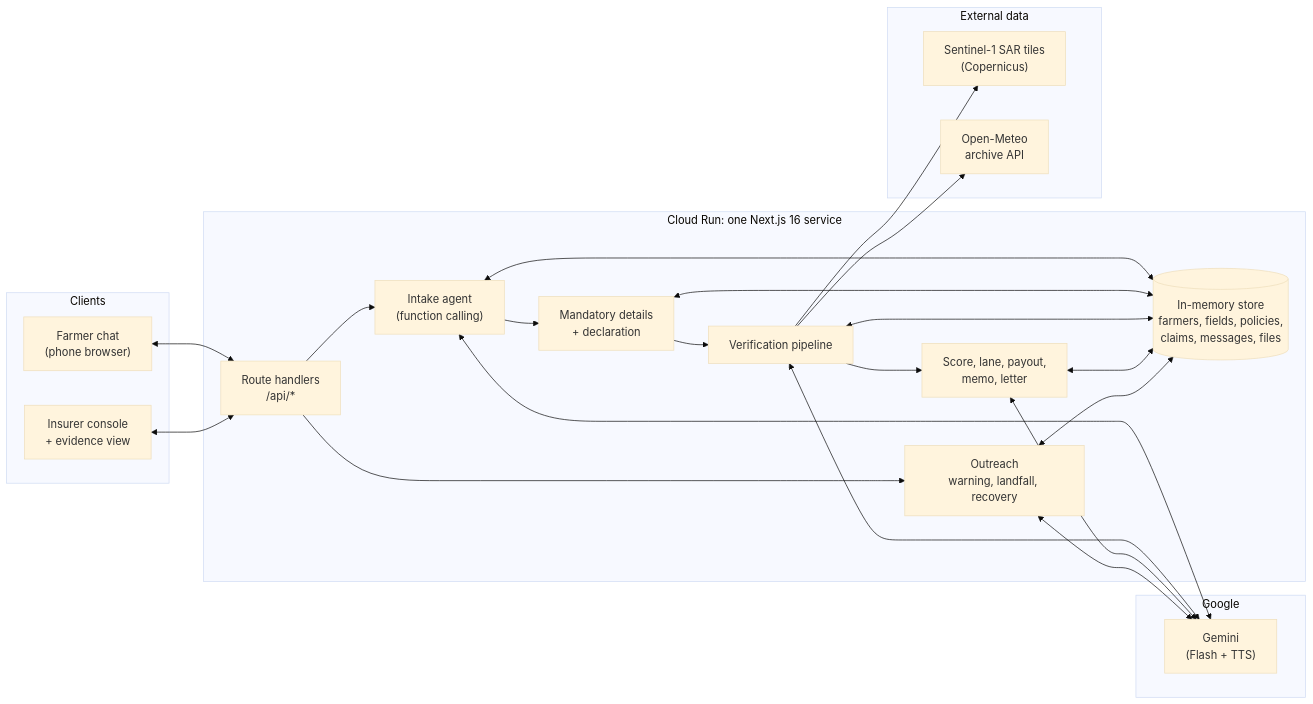
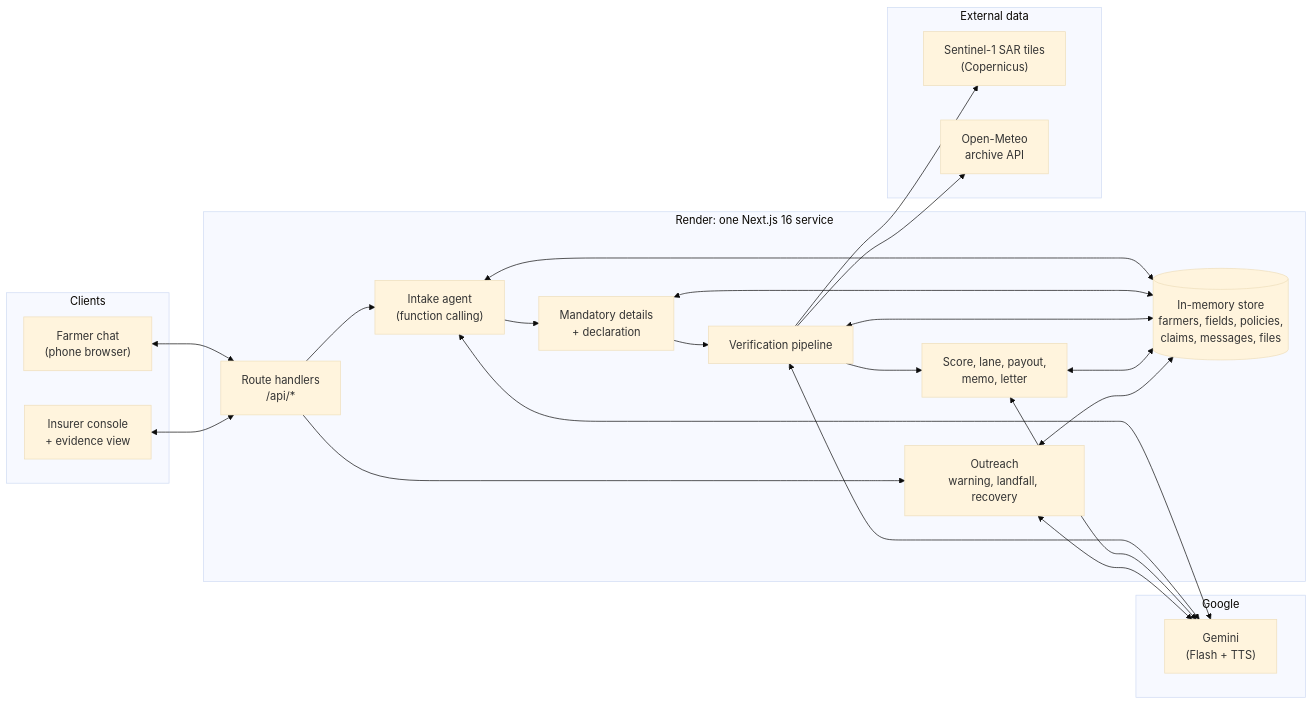
The first of 2 diagrams in README.md (parthgoyal15/verifield), drawn with Mermaid (base theme) before and after one commit. The commit also changed other lines of this file and 2 other files, not shown here.

Commit message:
Switch hosting references from Cloud Run to Render

````diff
--- a/README.md
+++ b/README.md
@@ -129,35 +131,35 @@
 ```mermaid
 flowchart LR
   subgraph Clients
     F["Farmer chat<br/>(phone browser)"]
     I["Insurer console<br/>+ evidence view"]
   end
 
-  subgraph CR["Cloud Run: one Next.js 16 service"]
+  subgraph CR["Render: one Next.js 16 service"]
     API["Route handlers<br/>/api/*"]
     INTAKE["Intake agent<br/>(function calling)"]
     DETAILS["Mandatory details<br/>+ declaration"]
     PIPE["Verification pipeline"]
     DECIDE["Score, lane, payout,<br/>memo, letter"]
     OUT["Outreach<br/>warning, landfall, recovery"]
     STORE[("In-memory store<br/>farmers, fields, policies,<br/>claims, messages, files")]
   end
 
   subgraph Google
     GEM["Gemini<br/>(Flash + TTS)"]
   end
 
   subgraph External data
     S1["Sentinel-1 SAR tiles<br/>(Copernicus)"]
     OM["Open-Meteo<br/>archive API"]
   end
 
   F <--> API
   I <--> API
   API --> INTAKE --> DETAILS --> PIPE --> DECIDE
   API --> OUT
   INTAKE & PIPE & DECIDE & OUT <--> GEM
   PIPE --> S1
   PIPE --> OM
   INTAKE & DETAILS & PIPE & DECIDE & OUT <--> STORE
 ```
````
